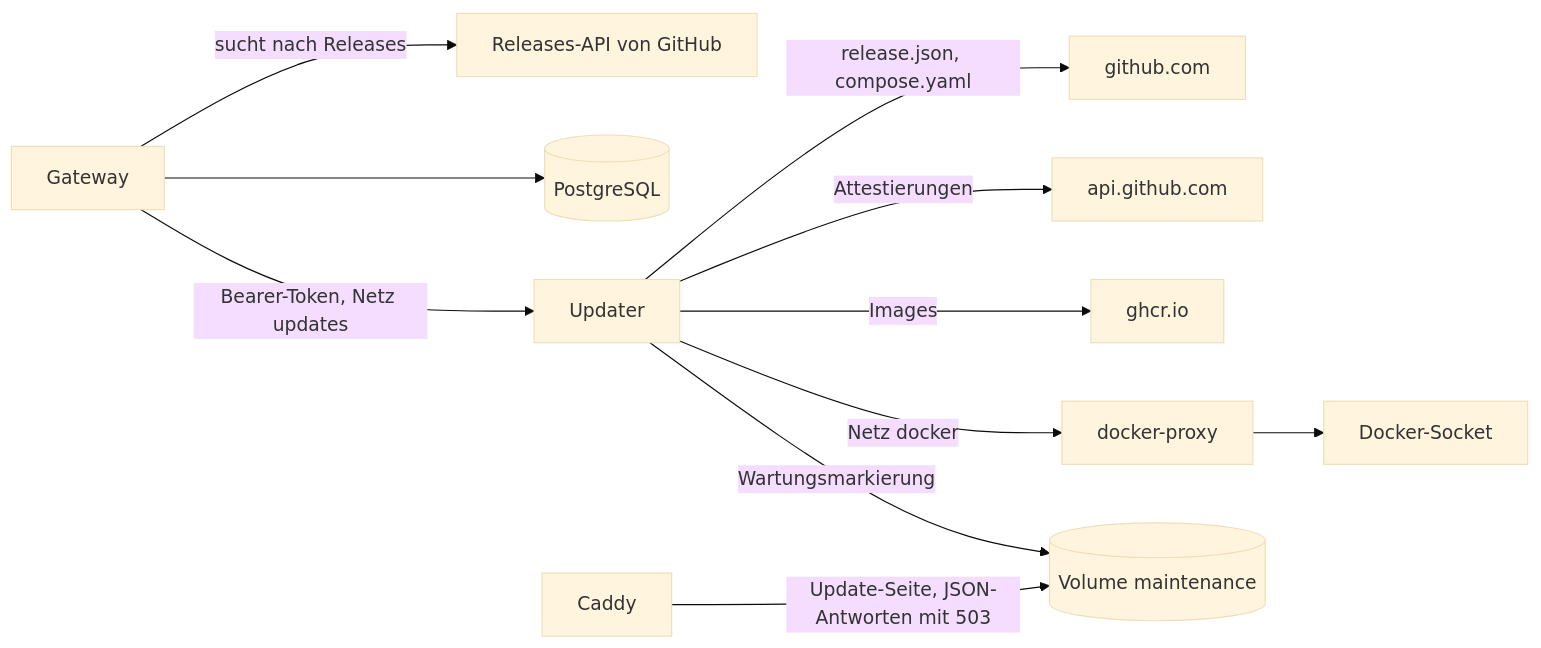
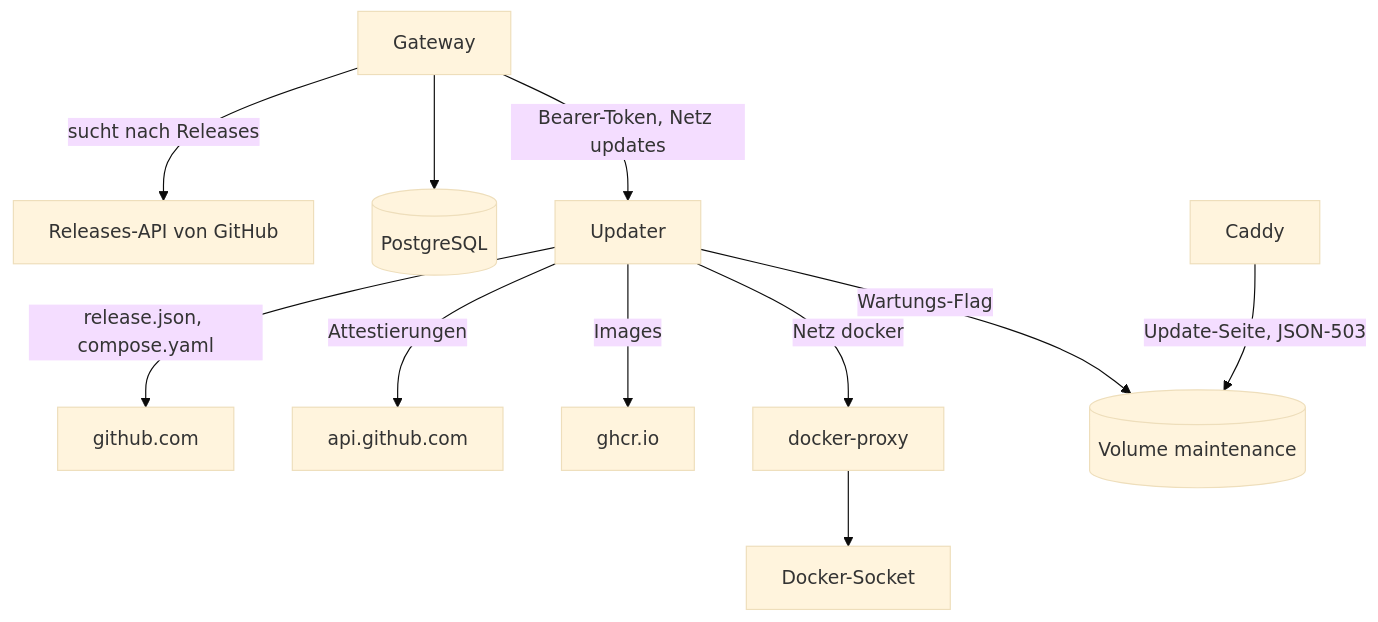
The diagram in apps/docs/content/de/development/architecture/updates.md (logicplanes/kaeso), drawn with Mermaid (base theme) before and after one commit. The commit also changed other lines of this file and 28 other files, not shown here.

````diff
--- a/apps/docs/content/de/development/architecture/updates.md
+++ b/apps/docs/content/de/development/architecture/updates.md
@@ -7,15 +9,15 @@
 ```mermaid
-flowchart LR
-  accTitle: Wie eine Installation von Releases erfährt und aktualisiert
-  accDescr: Das Gateway fragt die Releases-API von GitHub, hält seinen Stand in PostgreSQL und bittet den Updater über das interne Netz updates mit einem Bearer-Token. Der Updater lädt release.json und compose.yaml von github.com, Attestierungen von api.github.com und Images von ghcr.io, erreicht Docker nur über docker-proxy im internen Netz docker und schreibt die Wartungsmarkierung, nach der Caddy die Update-Seite und die JSON-Antworten mit 503 ausliefert.
+flowchart TD
+  accTitle: Wie eine Installation von Releases erfährt und sich aktualisiert
+  accDescr: Das Gateway fragt die Releases-API von GitHub ab, hält seinen Zustand in PostgreSQL und ruft den Updater über das interne Netz updates mit einem Bearer-Token auf. Der Updater holt release.json und compose.yaml von github.com, Attestierungen von api.github.com und Images von ghcr.io, erreicht Docker nur über docker-proxy im internen Netz docker und schreibt das Wartungs-Flag, das Caddy liest, um die Update-Seite und die JSON-503 auszuliefern.
   gateway[Gateway] -- sucht nach Releases --> releases[Releases-API von GitHub]
   gateway --> postgres[(PostgreSQL)]
   gateway -- Bearer-Token, Netz updates --> updater[Updater]
   updater -- release.json, compose.yaml --> github[github.com]
   updater -- Attestierungen --> api[api.github.com]
   updater -- Images --> ghcr[ghcr.io]
   updater -- Netz docker --> proxy[docker-proxy]
   proxy --> socket[Docker-Socket]
-  updater -- Wartungsmarkierung --> maintenance[(Volume maintenance)]
-  caddy[Caddy] -- Update-Seite, JSON-Antworten mit 503 --> maintenance
+  updater -- Wartungs-Flag --> maintenance[(Volume maintenance)]
+  caddy[Caddy] -- Update-Seite, JSON-503 --> maintenance
 ```
````
